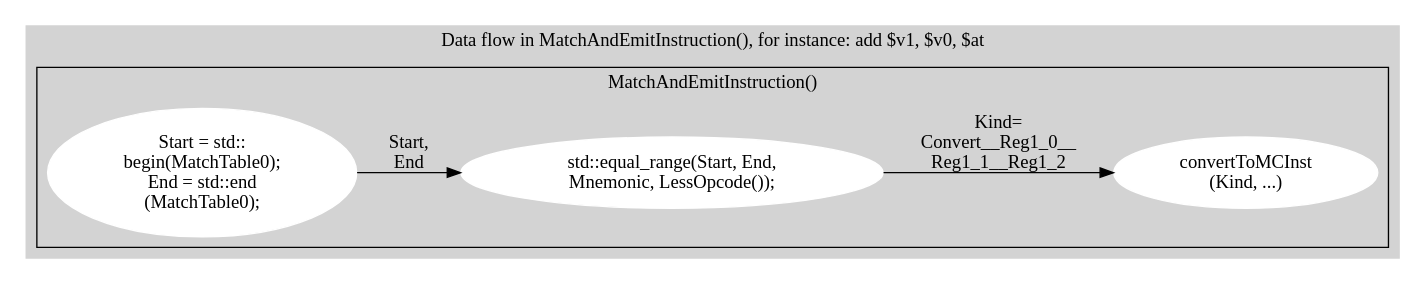
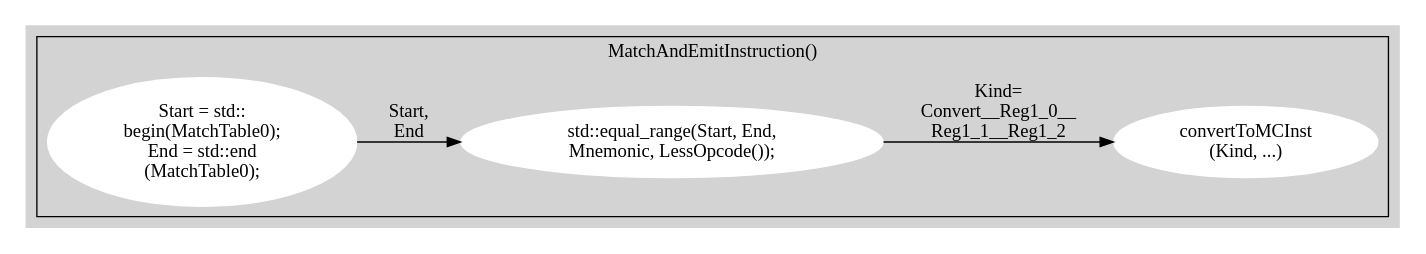
One commit to Jonathan2251/lbd changed the diagram in Fig/asm/asmDfdEx2.gv. Above: the diagram before and after it, drawn with Graphviz. The commit also changed 26 other files, not shown here.

```diff
--- a/Fig/asm/asmDfdEx2.gv
+++ b/Fig/asm/asmDfdEx2.gv
@@ -1,19 +1,19 @@
 // Free usage license, author: Chung-Shu Chen 陳鍾樞
 // dot -Tpng asmDfdEx2.gv -oasmDfdEx2.png
 
 digraph G {
   rankdir=LR;
   subgraph cluster_2 {
     style=filled;
-    label = "Data flow in MatchAndEmitInstruction(), for instance: add $v1, $v0, $at";
+//    label = "Data flow in MatchAndEmitInstruction(), for instance: add $v1, $v0, $at";
     subgraph clusterA {
       label = "MatchAndEmitInstruction()";
       node [style=filled,color=white]; MatchTable0 [label="Start = std::\nbegin(MatchTable0);\nEnd = std::end\n(MatchTable0);"];
       node [style=filled,color=white]; equal_range [label="std::equal_range(Start, End, \nMnemonic, LessOpcode());"];
       node [style=filled,color=white]; convertToMCInst [label="convertToMCInst\n(Kind, ...)"];
       MatchTable0 -> equal_range [ label = "Start,\nEnd" ];
       equal_range -> convertToMCInst [ label = "Kind=\nConvert__Reg1_0__\nReg1_1__Reg1_2" ];
     }
     color=lightgrey
   }
 }
```
